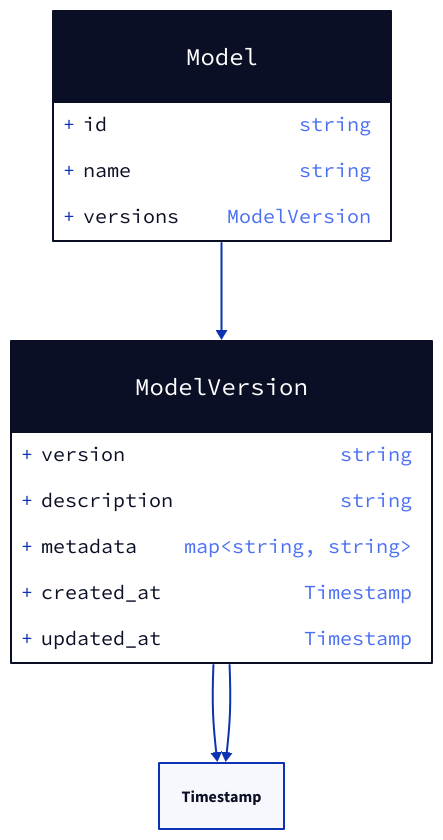
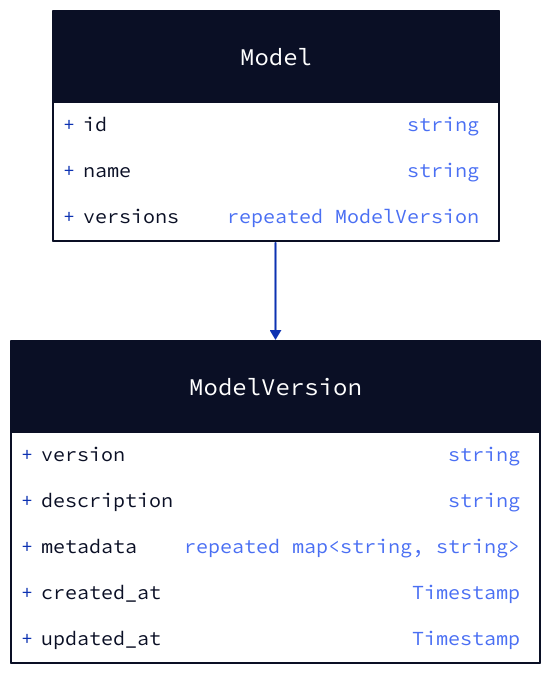
One commit to tmc/language-model-management changed the diagram in docs/llm/v1/model.d2. Above: the diagram before and after it, drawn with D2. The commit also changed other lines of this file and 8 other files, not shown here.

```diff
--- a/docs/llm/v1/model.d2
+++ b/docs/llm/v1/model.d2
@@ -1,23 +1,22 @@
 
 # Package - llm.v1
 
 # Class - Model
 Model: {
   shape: class
   id: string
   name: string
-  versions: ModelVersion
+  versions: repeated ModelVersion
 }
+
 Model -> ModelVersion
 
 # Class - ModelVersion
 ModelVersion: {
   shape: class
   version: string
   description: string
-  metadata: map<string, string>
+  metadata: repeated map<string, string>
   created_at: Timestamp
   updated_at: Timestamp
 }
-ModelVersion -> Timestamp
-ModelVersion -> Timestamp
```
